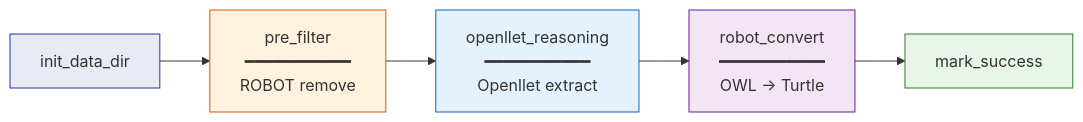
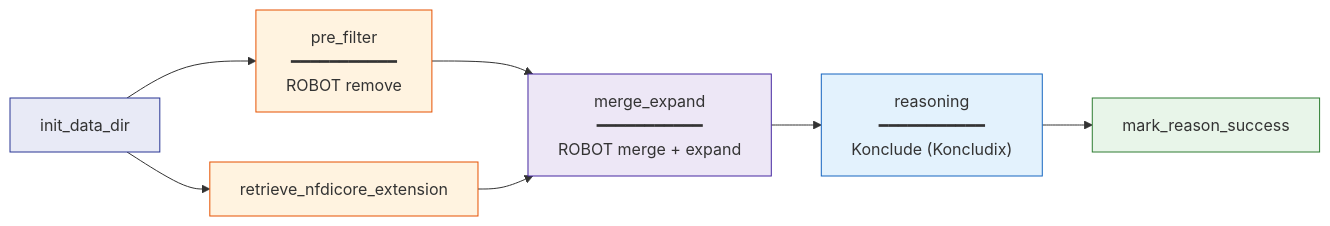
The diagram in docs/pipeline/reason.md (ISE-FIZKarlsruhe/matwerk), drawn with Mermaid before and after one commit. The commit also changed other lines of this file and 1 other file, not shown here.

````diff
--- a/docs/pipeline/reason.md
+++ b/docs/pipeline/reason.md
@@ -18,13 +19,16 @@
 ```mermaid
 graph LR
     A["init_data_dir"] --> B["pre_filter<br/>━━━━━━━━━━━<br/>ROBOT remove"]
-    B --> C["openllet_reasoning<br/>━━━━━━━━━━━<br/>Openllet extract"]
-    C --> D["robot_convert<br/>━━━━━━━━━━━<br/>OWL → Turtle"]
-    D --> E["mark_success"]
+    A --> R["retrieve_nfdicore_extension"]
+    B --> M["merge_expand<br/>━━━━━━━━━━━<br/>ROBOT merge + expand"]
+    R --> M
+    M --> C["reasoning<br/>━━━━━━━━━━━<br/>Konclude (Koncludix)"]
+    C --> E["mark_reason_success"]
 
     style A fill:#e8eaf6,stroke:#283593
     style B fill:#fff3e0,stroke:#e65100
+    style R fill:#fff3e0,stroke:#e65100
+    style M fill:#ede7f6,stroke:#4527a0
     style C fill:#e3f2fd,stroke:#1565c0
-    style D fill:#f3e5f5,stroke:#6a1b9a
     style E fill:#e8f5e9,stroke:#2e7d32
 ```
````
